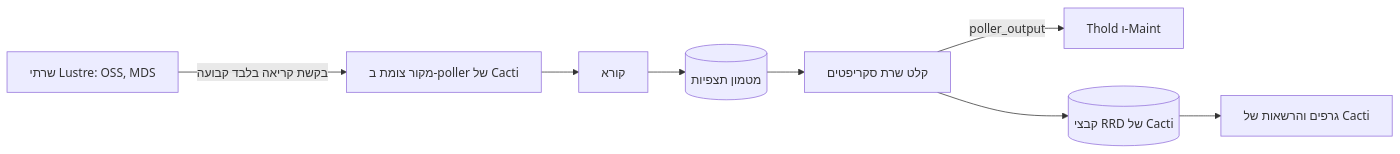
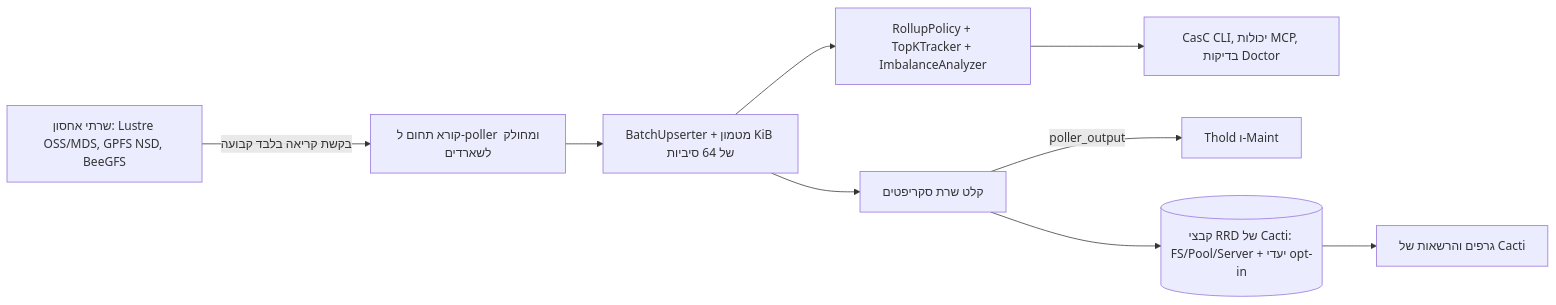
Before and after one commit to somethingwithproof/plugin_pfs: the diagram in docs/i18n/he-IL/README.md, drawn with Mermaid. The commit also changed other lines of this file and 47 other files, not shown here.

````diff
--- a/docs/i18n/he-IL/README.md
+++ b/docs/i18n/he-IL/README.md
@@ -74,10 +82,11 @@
 ```mermaid
 flowchart LR
-    N["שרתי Lustre: OSS, MDS"] -->|"בקשת קריאה בלבד קבועה"| S["מקור צומת ב-poller של Cacti"]
-    S --> R["קורא"]
-    R --> C[("מטמון תצפיות")]
-    C --> SS["קלט שרת סקריפטים"]
+    N["שרתי אחסון: Lustre OSS/MDS, GPFS NSD, BeeGFS"] -->|"בקשת קריאה בלבד קבועה"| S["קורא תחום ל-poller ומחולק לשארדים"]
+    S --> B["BatchUpserter + מטמון KiB של 64 סיביות"]
+    B --> R["RollupPolicy + TopKTracker + ImbalanceAnalyzer"]
+    B --> SS["קלט שרת סקריפטים"]
+    R --> ECO["CasC CLI, יכולות MCP, בדיקות Doctor"]
     SS -->|poller_output| T["Thold ו-Maint"]
-    SS --> RRD[("קבצי RRD של Cacti")]
+    SS --> RRD[("קבצי RRD של Cacti: FS/Pool/Server + יעדי opt-in")]
     RRD --> G["גרפים והרשאות של Cacti"]
 ```
````
